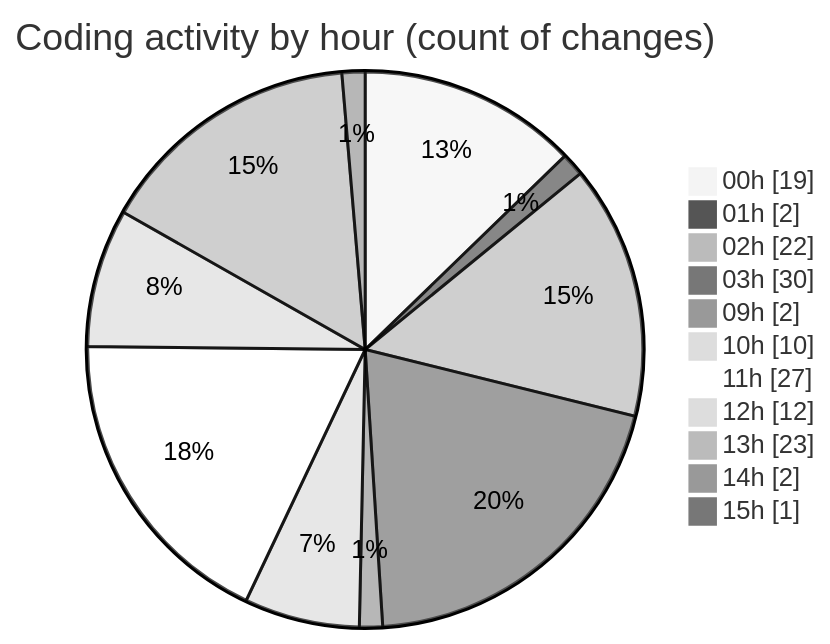
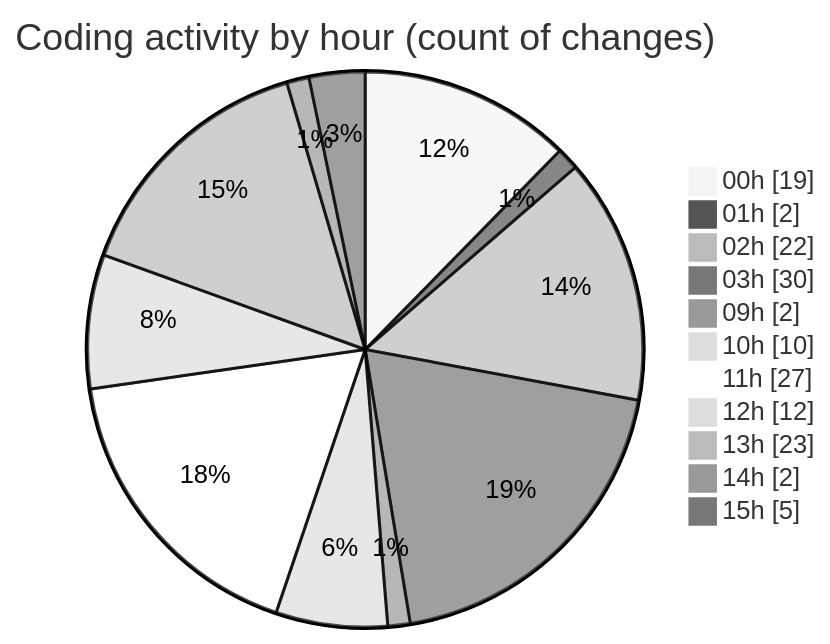
The second of 2 diagrams in 2025-10-21/eventscop-frontend-guide__workspace_/README.md (julien-gomy/code-tracking), drawn with Mermaid (neutral theme) before and after one commit. The commit also changed other lines of this file and 1 other file, not shown here.

````diff
--- a/2025-10-21/eventscop-frontend-guide__workspace_/README.md
+++ b/2025-10-21/eventscop-frontend-guide__workspace_/README.md
@@ -56,15 +58,15 @@
 ```mermaid
 pie showData
 title Coding activity by hour (count of changes)
 "00h" : 19
 "01h" : 2
 "02h" : 22
 "03h" : 30
 "09h" : 2
 "10h" : 10
 "11h" : 27
 "12h" : 12
 "13h" : 23
 "14h" : 2
-"15h" : 1
+"15h" : 5
 ```
````
